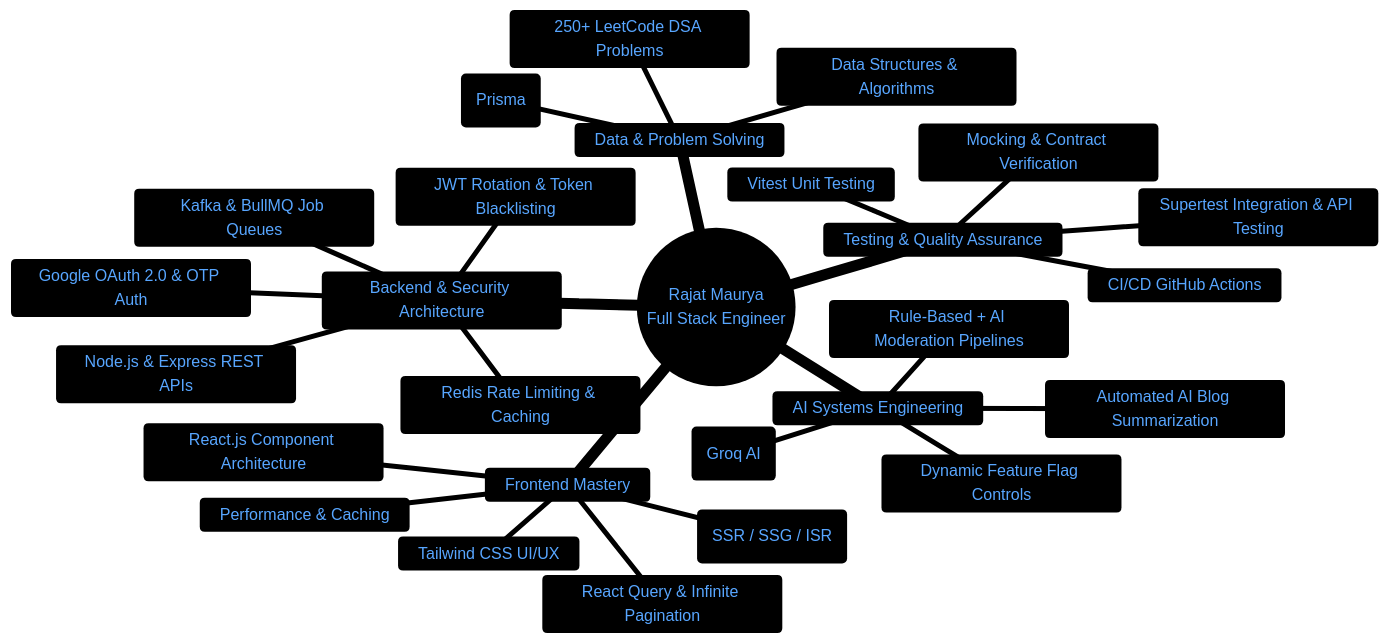
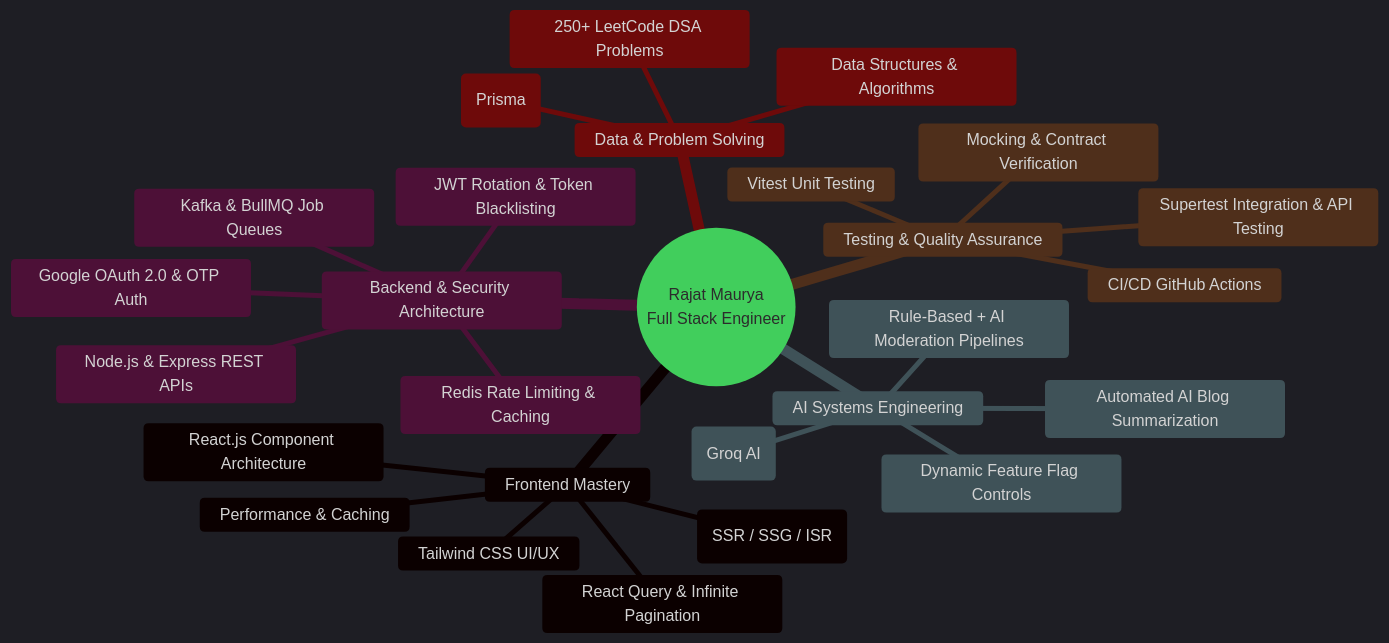
Before and after one commit to rajatmaurya-cs/rajatmaurya-cs: the diagram in README.md, drawn with Mermaid.

Commit message:
Fix Mermaid mindmap line color and contrast for high visibility

````diff
--- a/README.md
+++ b/README.md
@@ -173,44 +173,49 @@
 ```mermaid
-%%{init: {'theme':'base','themeVariables':{
-  'primaryColor':'#0d1117',
-  'primaryTextColor':'#58a6ff',
-  'primaryBorderColor':'#1f6feb',
-  'lineColor':'#8b949e',
-  'secondaryColor':'#161b22',
-  'tertiaryColor':'#21262d',
-  'background':'#0d1117'
-}}}%%
+%%{init: {
+  'theme': 'dark',
+  'themeVariables': {
+    'lineColor': '#58a6ff',
+    'mindmapLineColor': '#58a6ff',
+    'primaryColor': '#1f6feb',
+    'primaryTextColor': '#ffffff',
+    'primaryBorderColor': '#58a6ff',
+    'secondaryColor': '#238636',
+    'secondaryTextColor': '#ffffff',
+    'tertiaryColor': '#8957e5',
+    'tertiaryTextColor': '#ffffff'
+  }
+}}%%
 mindmap
   root((Rajat Maurya<br/>Full Stack Engineer))
 
     Frontend Mastery
       Next.js (SSR / SSG / ISR)
       React.js Component Architecture
       React Query & Infinite Pagination
       Performance & Caching
       Tailwind CSS UI/UX
 
     Backend & Security Architecture
       Node.js & Express REST APIs
       JWT Rotation & Token Blacklisting
       Google OAuth 2.0 & OTP Auth
       Redis Rate Limiting & Caching
       Kafka & BullMQ Job Queues
 
     AI Systems Engineering
       LLM API Integration (Groq AI)
       Rule-Based + AI Moderation Pipelines
       Automated AI Blog Summarization
       Dynamic Feature Flag Controls
 
     Testing & Quality Assurance
       Vitest Unit Testing
       Supertest Integration & API Testing
       Mocking & Contract Verification
       CI/CD GitHub Actions
 
     Data & Problem Solving
       250+ LeetCode DSA Problems
       MongoDB & PostgreSQL (Prisma)
       Data Structures & Algorithms
 ```
````
